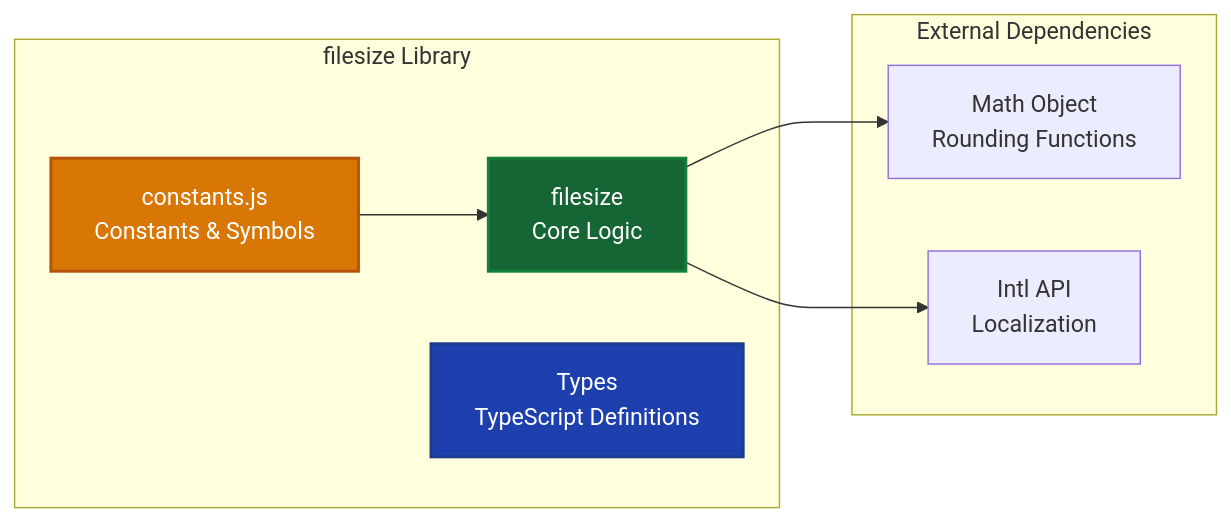
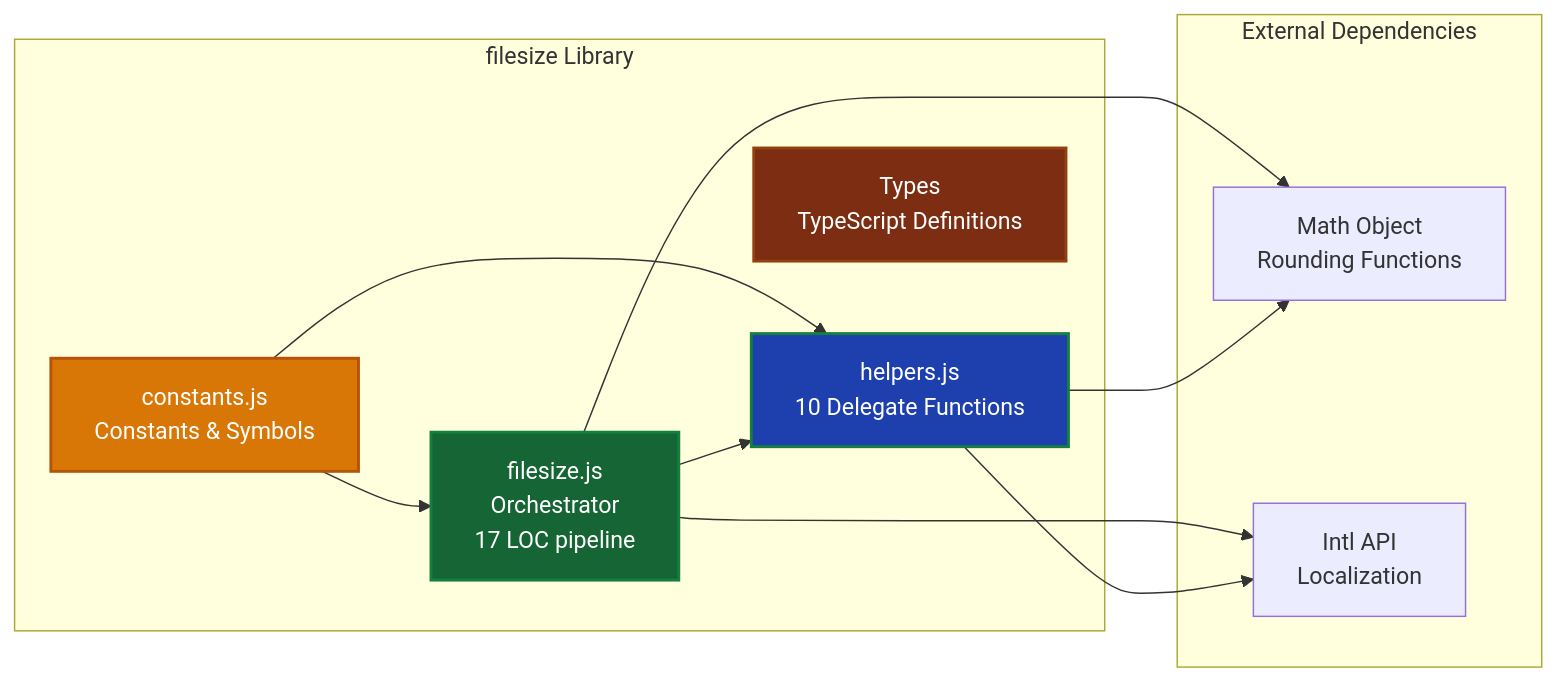
Before and after one commit to avoidwork/filesize.js: the second of 7 diagrams in docs/TECHNICAL_DOCUMENTATION.md, drawn with Mermaid. The commit also changed other lines of this file and 14 other files, not shown here.

First line of the commit message:
refactor: extract delegate functions from filesize for better SRP (#257)

````diff
--- a/docs/TECHNICAL_DOCUMENTATION.md
+++ b/docs/TECHNICAL_DOCUMENTATION.md
@@ -78,21 +78,27 @@
 ```mermaid
 graph LR
     subgraph "filesize Library"
-        A[constants.js<br/>Constants & Symbols] 
-        B[filesize<br/>Core Logic]
-        C[Types<br/>TypeScript Definitions]
+        A[constants.js<br/>Constants & Symbols]
+        B[filesize.js<br/>Orchestrator<br/>17 LOC pipeline]
+        C[helpers.js<br/>10 Delegate Functions]
+        D[Types<br/>TypeScript Definitions]
     end
     
     subgraph "External Dependencies"
-        D[Math Object<br/>Rounding Functions]
-        E[Intl API<br/>Localization]
+        E[Math Object<br/>Rounding Functions]
+        F[Intl API<br/>Localization]
     end
     
     A --> B
-    B --> D
+    A --> C
+    B --> C
     B --> E
+    B --> F
+    C --> E
+    C --> F
     
     style A fill:#d97706,stroke:#b45309,stroke-width:2px,color:#ffffff
     style B fill:#166534,stroke:#15803d,stroke-width:2px,color:#ffffff
-    style C fill:#1e40af,stroke:#1e3a8a,stroke-width:2px,color:#ffffff
+    style C fill:#1e40af,stroke:#15803d,stroke-width:2px,color:#ffffff
+    style D fill:#7c2d12,stroke:#92400e,stroke-width:2px,color:#ffffff
 ```
````
